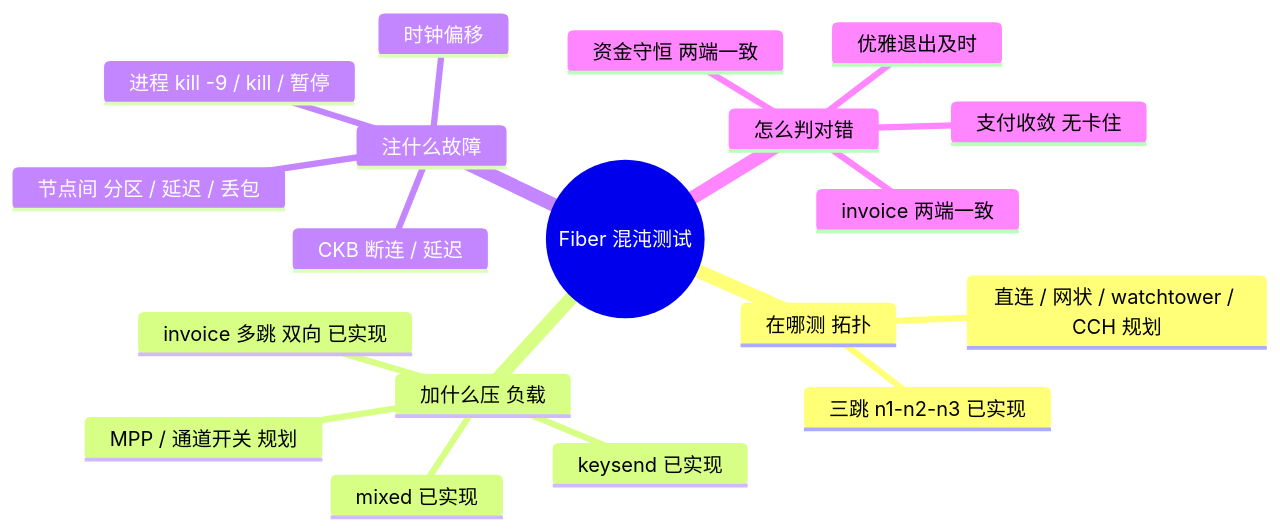
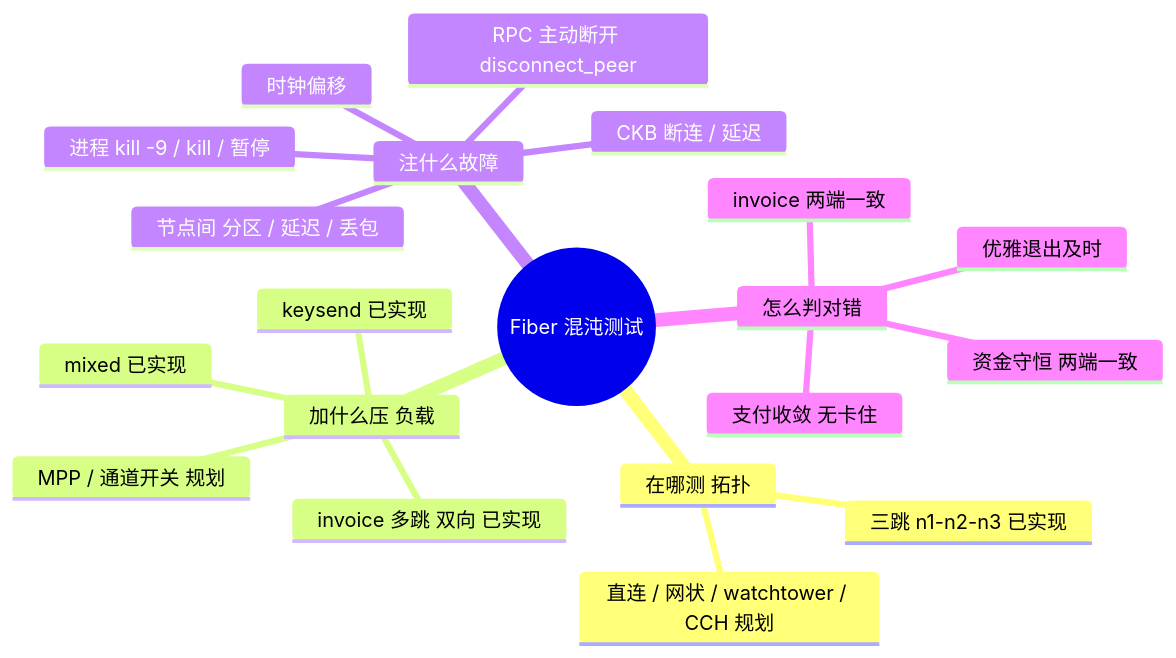
One commit to gpBlockchain/fiber-jepsen changed the diagram in docs/chaos-plan.md. Above: the diagram before and after it, drawn with Mermaid. The commit also changed other lines of this file and 3 other files, not shown here.

Commit message:
Add disconnect fault via disconnect_peer RPC, reconnect via connect_peer or auto

````diff
--- a/docs/chaos-plan.md
+++ b/docs/chaos-plan.md
@@ -9,22 +9,23 @@
 ```mermaid
 mindmap
   root((Fiber 混沌测试))
     在哪测 拓扑
       三跳 n1-n2-n3 已实现
       直连 / 网状 / watchtower / CCH 规划
     加什么压 负载
       keysend 已实现
       invoice 多跳 双向 已实现
       mixed 已实现
       MPP / 通道开关 规划
     注什么故障
       进程 kill -9 / kill / 暂停
       节点间 分区 / 延迟 / 丢包
+      RPC 主动断开 disconnect_peer
       CKB 断连 / 延迟
       时钟偏移
     怎么判对错
       资金守恒 两端一致
       支付收敛 无卡住
       invoice 两端一致
       优雅退出及时
 ```
````
